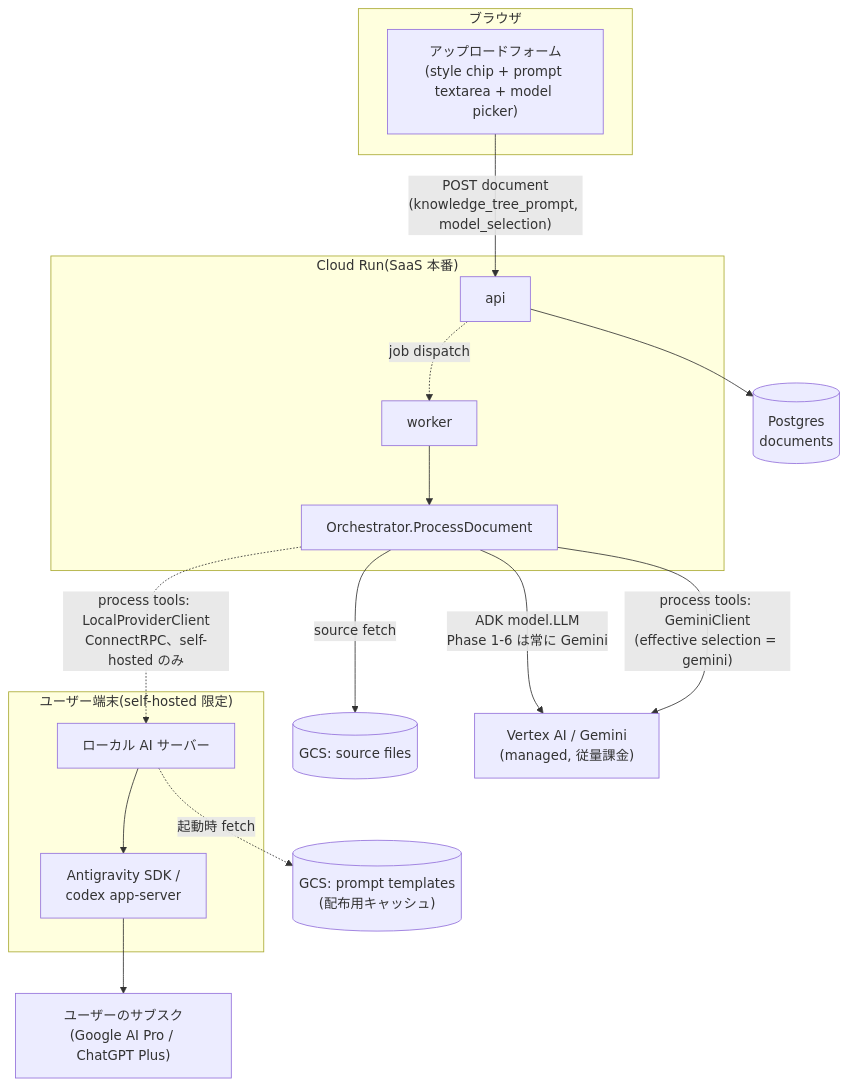
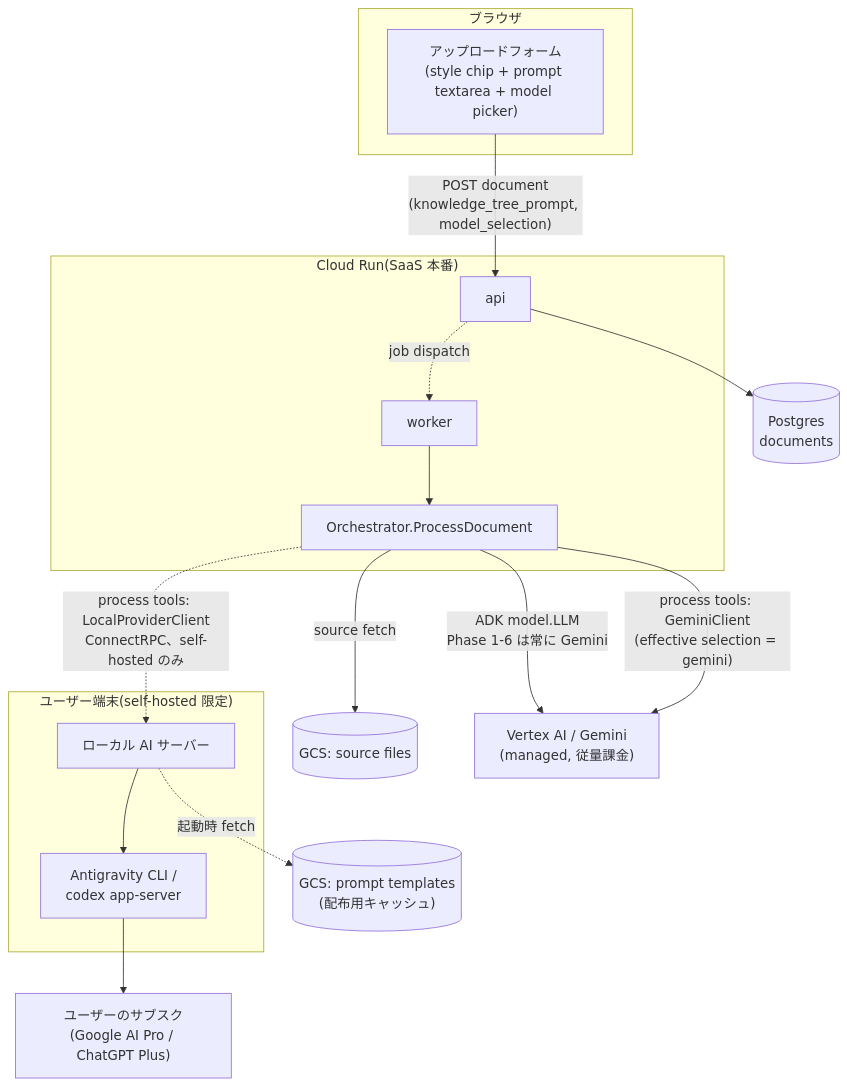
One commit to Keyhole-Koro/Synthify changed the first of 6 diagrams in docs/architecture/model-and-style-selection-design.md. Above: the diagram before and after it, drawn with Mermaid. The commit also changed other lines of this file and 13 other files, not shown here.

Commit message:
feat(local-provider): add Antigravity CLI daemon

````diff
--- a/docs/architecture/model-and-style-selection-design.md
+++ b/docs/architecture/model-and-style-selection-design.md
@@ -21,34 +21,34 @@
 ```mermaid
 graph TD
     subgraph Browser["ブラウザ"]
         UploadForm["アップロードフォーム<br/>(style chip + prompt textarea + model picker)"]
     end
 
     subgraph CloudRun["Cloud Run(SaaS 本番)"]
         API["api"]
         Worker["worker"]
         Orchestrator["Orchestrator.ProcessDocument"]
     end
 
     PG[("Postgres<br/>documents")]
     GCS_SRC[("GCS: source files")]
     GCS_PROMPT[("GCS: prompt templates<br/>(配布用キャッシュ)")]
     Vertex["Vertex AI / Gemini<br/>(managed, 従量課金)"]
 
     subgraph LocalHost["ユーザー端末(self-hosted 限定)"]
         LocalServer["ローカル AI サーバー"]
-        SDK["Antigravity SDK /<br/>codex app-server"]
+        SDK["Antigravity CLI /<br/>codex app-server"]
     end
     Sub["ユーザーのサブスク<br/>(Google AI Pro / ChatGPT Plus)"]
 
     UploadForm -->|"POST document\n(knowledge_tree_prompt, model_selection)"| API
     API --> PG
     API -.job dispatch.-> Worker
     Worker --> Orchestrator
     Orchestrator -->|source fetch| GCS_SRC
     Orchestrator -->|"ADK model.LLM\nPhase 1-6 は常に Gemini"| Vertex
     Orchestrator -->|"process tools: GeminiClient\n(effective selection = gemini)"| Vertex
     Orchestrator -.->|"process tools: LocalProviderClient\nConnectRPC、self-hosted のみ"| LocalServer
     LocalServer --> SDK --> Sub
     LocalServer -.起動時 fetch.-> GCS_PROMPT
 ```
````
